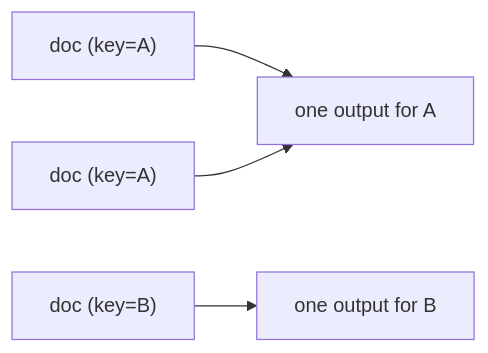
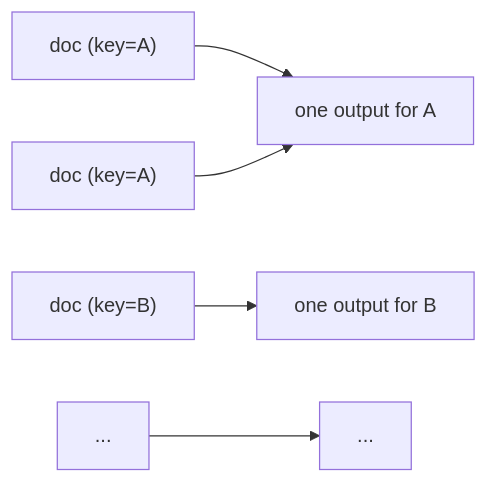
One commit to ucbepic/docetl changed the diagram in docs/operators/reduce.md. Above: the diagram before and after it, drawn with Mermaid. The commit also changed 8 other files, not shown here.

First line of the commit message:
Operator diagrams: center, add continuation rows

````diff
--- a/docs/operators/reduce.md
+++ b/docs/operators/reduce.md
@@ -5,6 +5,7 @@
 ```mermaid
 flowchart LR
     a1["doc (key=A)"] --> A["one output for A"]
     a2["doc (key=A)"] --> A
     b1["doc (key=B)"] --> B["one output for B"]
+    c1["..."] --> C["..."]
 ```
````
